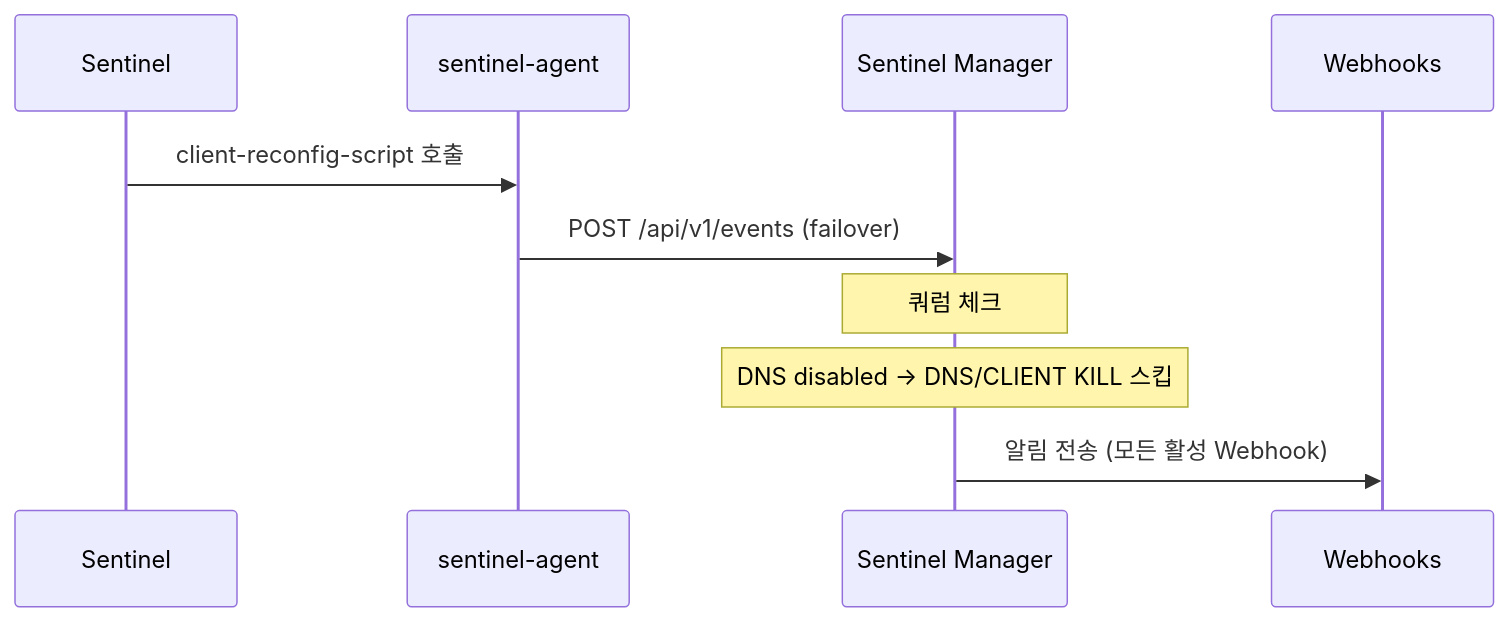
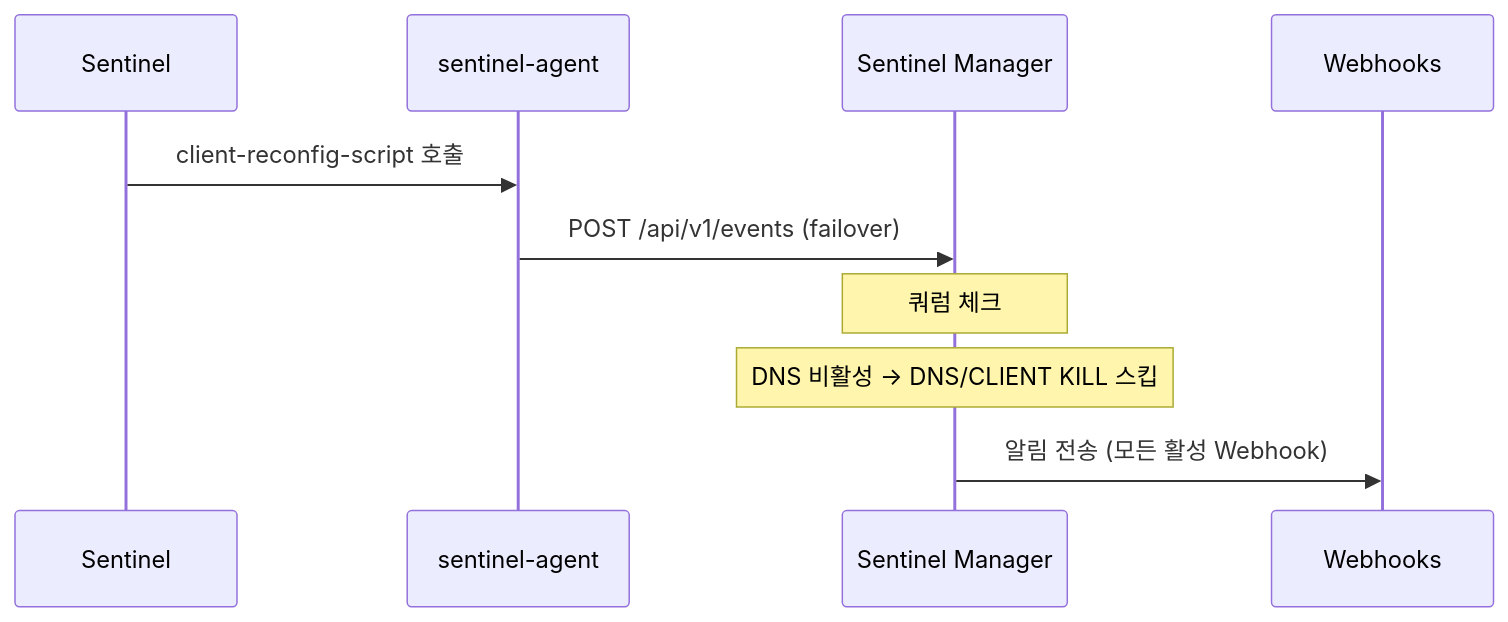
Before and after one commit to chals-go/valkey-sentinel-manager: the fifth of 5 diagrams in README.md, drawn with Mermaid. The commit also changed other lines of this file, not shown here.

````diff
--- a/README.md
+++ b/README.md
@@ -110,15 +296,15 @@
 ```mermaid
 sequenceDiagram
     participant S as Sentinel
     participant A as sentinel-agent
     participant M as Sentinel Manager
     participant W as Webhooks
 
     S->>A: client-reconfig-script 호출
     A->>M: POST /api/v1/events (failover)
 
     Note over M: 쿼럼 체크
-    Note over M: DNS disabled → DNS/CLIENT KILL 스킵
+    Note over M: DNS 비활성 → DNS/CLIENT KILL 스킵
 
     M->>W: 알림 전송 (모든 활성 Webhook)
 ```
````
